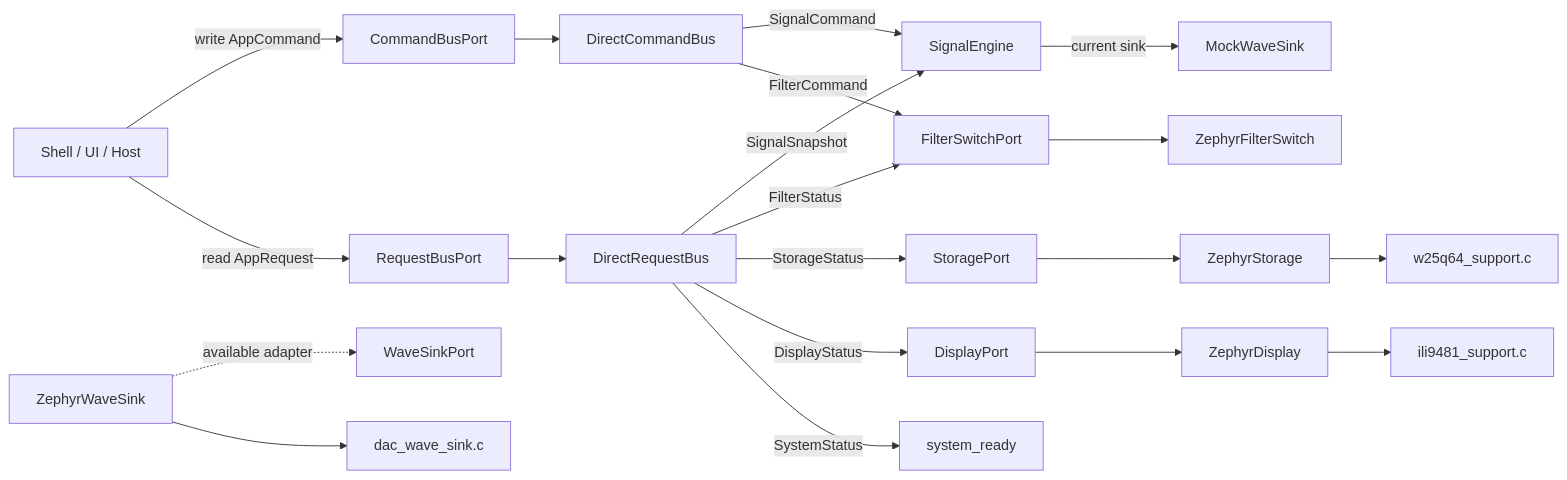
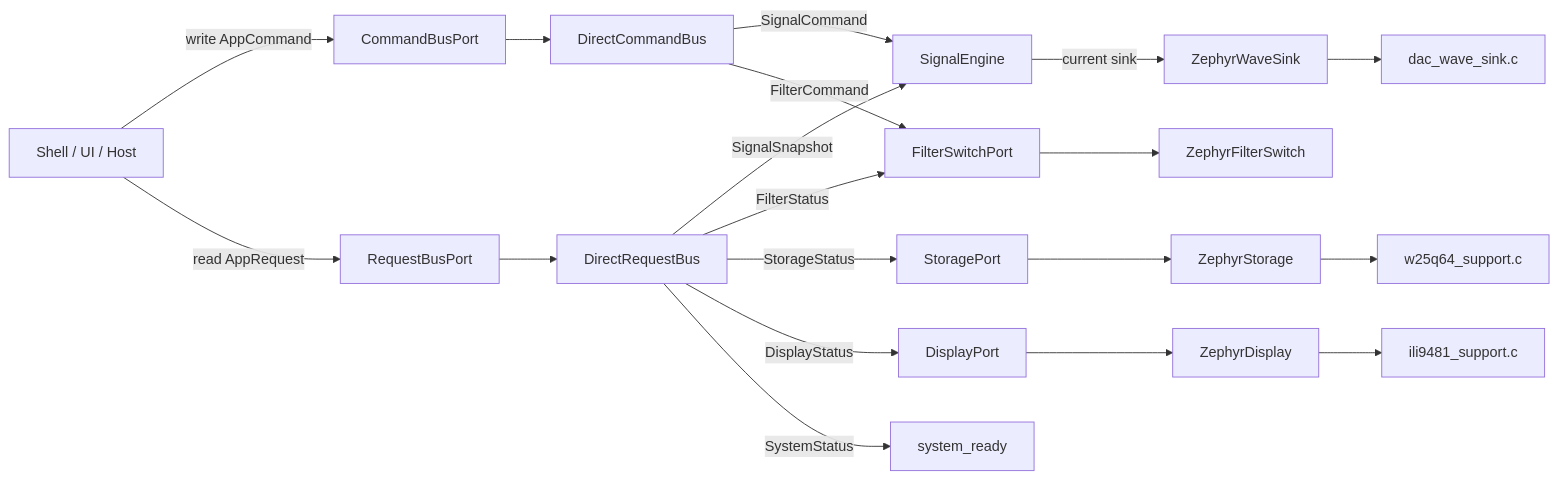
The second of 3 diagrams in docs/architecture_uml.md (MekCraftLi/OmniGenH7), drawn with Mermaid before and after one commit. The commit also changed other lines of this file and 28 other files, not shown here.

````diff
--- a/docs/architecture_uml.md
+++ b/docs/architecture_uml.md
@@ -131,25 +129,24 @@
 ```mermaid
 flowchart LR
     Shell[Shell / UI / Host] -->|write AppCommand| CommandBusPort
     CommandBusPort --> DirectCommandBus
     DirectCommandBus -->|SignalCommand| SignalEngine
     DirectCommandBus -->|FilterCommand| FilterSwitchPort
 
     Shell -->|read AppRequest| RequestBusPort
     RequestBusPort --> DirectRequestBus
     DirectRequestBus -->|SignalSnapshot| SignalEngine
     DirectRequestBus -->|FilterStatus| FilterSwitchPort
     DirectRequestBus -->|StorageStatus| StoragePort
     DirectRequestBus -->|DisplayStatus| DisplayPort
     DirectRequestBus -->|SystemStatus| SystemReady[system_ready]
 
-    SignalEngine -->|current sink| MockWaveSink
-    ZephyrWaveSink -. available adapter .-> WaveSinkPort
+    SignalEngine -->|current sink| ZephyrWaveSink
     StoragePort --> ZephyrStorage
     DisplayPort --> ZephyrDisplay
     FilterSwitchPort --> ZephyrFilterSwitch
 
     ZephyrWaveSink --> DACDriver[dac_wave_sink.c]
     ZephyrStorage --> W25Q64Driver[w25q64_support.c]
     ZephyrDisplay --> ILI9481Driver[ili9481_support.c]
 ```
````
